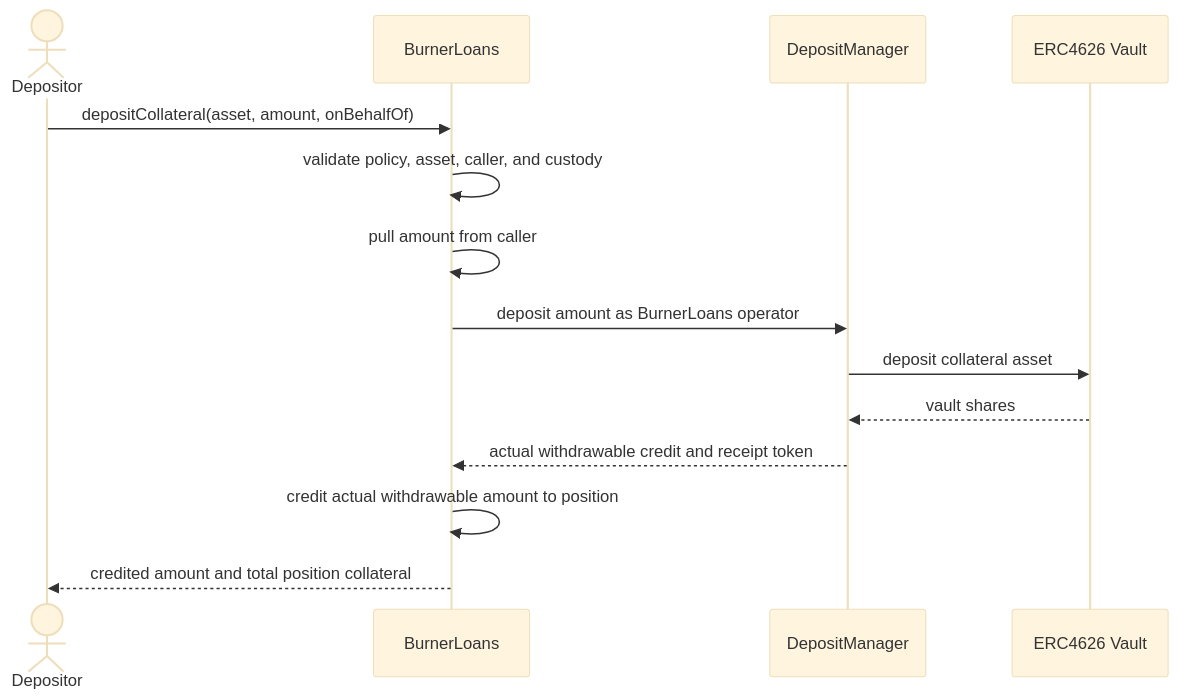
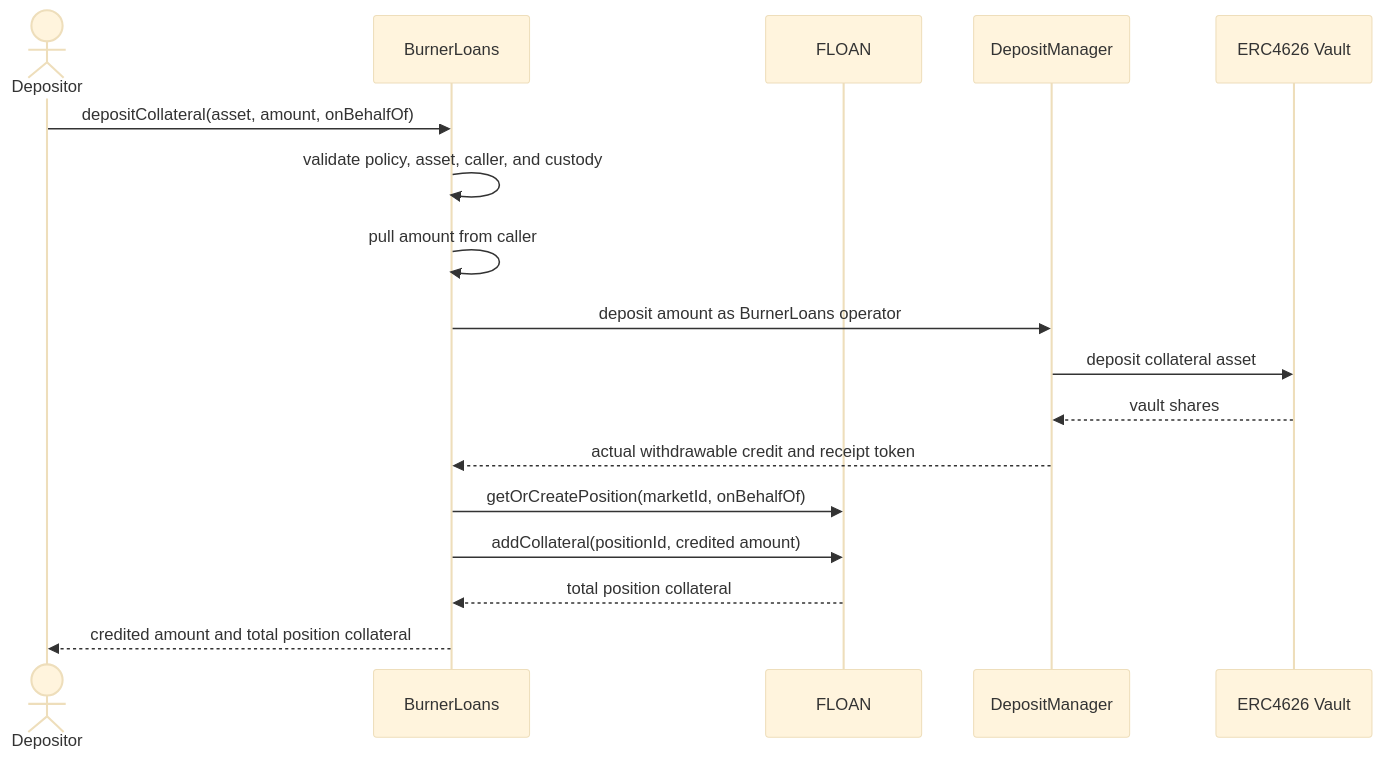
Before and after one commit to OlympusDAO/olympus-v3: the first of 7 diagrams in documentation/burner_loans.md, drawn with Mermaid (base theme). The commit also changed other lines of this file and 64 other files, not shown here.

Commit message:
refactor(burner-loans)!: adopt facility-scoped fixed-term markets

````diff
--- a/documentation/burner_loans.md
+++ b/documentation/burner_loans.md
@@ -49,17 +63,20 @@
 ```mermaid
 sequenceDiagram
     actor Depositor
     participant BurnerLoans
+    participant FLOAN
     participant DepositManager
     participant Vault as ERC4626 Vault
 
     Depositor->>BurnerLoans: depositCollateral(asset, amount, onBehalfOf)
     BurnerLoans->>BurnerLoans: validate policy, asset, caller, and custody
     BurnerLoans->>BurnerLoans: pull amount from caller
     BurnerLoans->>DepositManager: deposit amount as BurnerLoans operator
     DepositManager->>Vault: deposit collateral asset
     Vault-->>DepositManager: vault shares
     DepositManager-->>BurnerLoans: actual withdrawable credit and receipt token
-    BurnerLoans->>BurnerLoans: credit actual withdrawable amount to position
+    BurnerLoans->>FLOAN: getOrCreatePosition(marketId, onBehalfOf)
+    BurnerLoans->>FLOAN: addCollateral(positionId, credited amount)
+    FLOAN-->>BurnerLoans: total position collateral
     BurnerLoans-->>Depositor: credited amount and total position collateral
 ```
````
